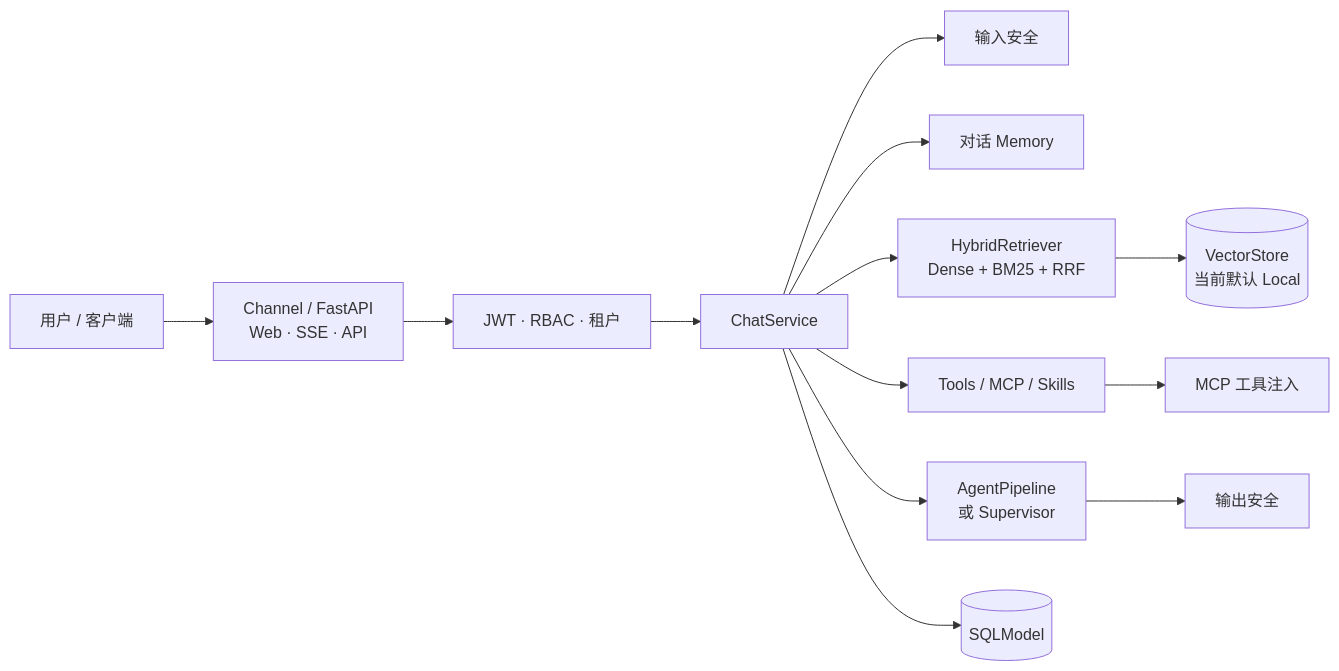
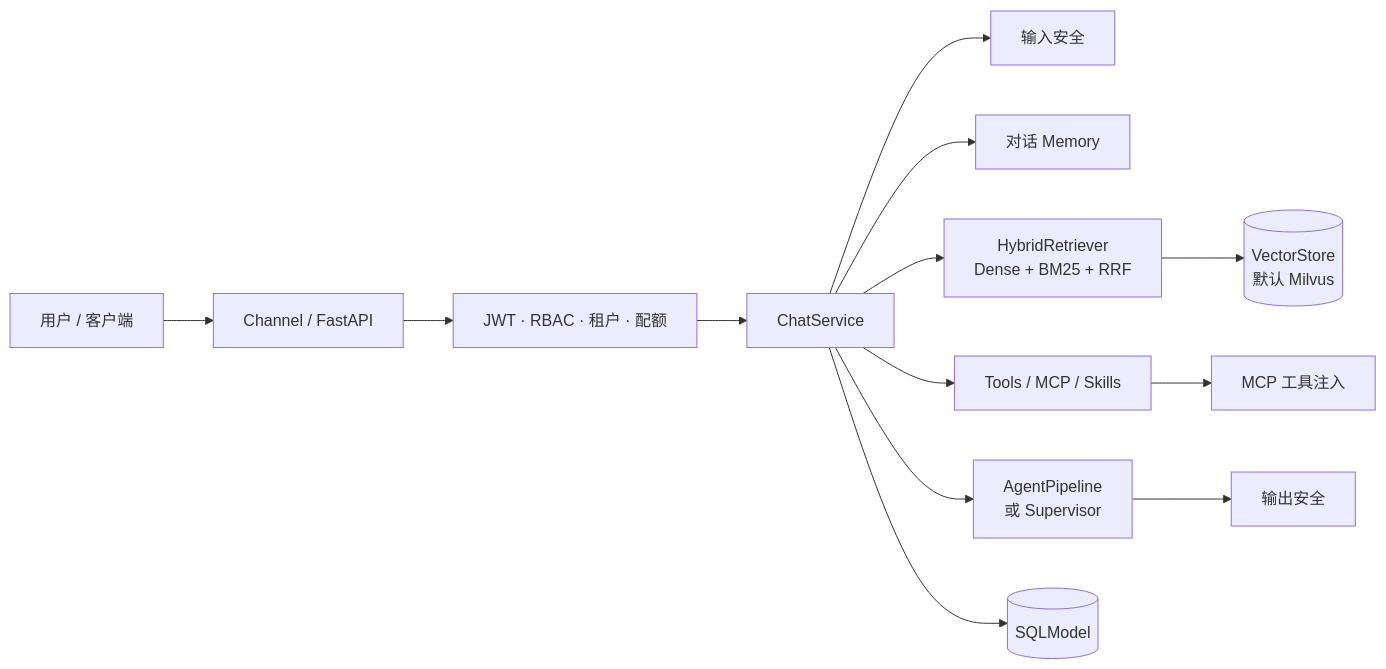
Before and after one commit to lwmjava/ai-assistant: the diagram in README.md, drawn with Mermaid. The commit also changed other lines of this file, not shown here.

````diff
--- a/README.md
+++ b/README.md
@@ -41,15 +85,15 @@
 ```mermaid
 flowchart LR
-    User[用户 / 客户端] --> Channel[Channel / FastAPI<br/>Web · SSE · API]
-    Channel --> Auth[JWT · RBAC · 租户]
+    User[用户 / 客户端] --> Channel[Channel / FastAPI]
+    Channel --> Auth[JWT · RBAC · 租户 · 配额]
     Auth --> Chat[ChatService]
     Chat --> SecIn[输入安全]
     Chat --> Mem[对话 Memory]
     Chat --> RAG[HybridRetriever<br/>Dense + BM25 + RRF]
     Chat --> Tools[Tools / MCP / Skills]
     Chat --> Pipe[AgentPipeline<br/>或 Supervisor]
     Pipe --> SecOut[输出安全]
     Chat --> DB[(SQLModel)]
-    RAG --> VS[(VectorStore<br/>当前默认 Local)]
+    RAG --> VS[(VectorStore<br/>默认 Milvus)]
     Tools --> MCP[MCP 工具注入]
 ```
````
